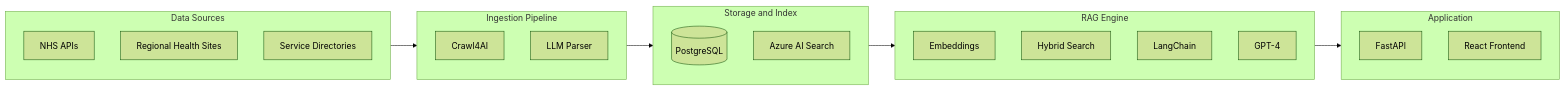
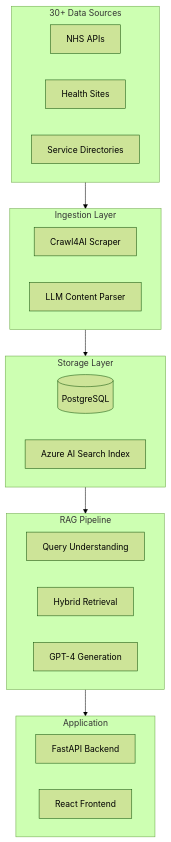
Before and after one commit to UsmanBuk/UsmanBuk: the diagram in README.md, drawn with Mermaid (forest theme).

Commit message:
Improve architecture diagram - larger top-down layout

````diff
--- a/README.md
+++ b/README.md
@@ -42,33 +42,34 @@
 ```mermaid
-flowchart LR
-    subgraph sources [Data Sources]
-        S1[NHS APIs]
-        S2[Regional Health Sites]
-        S3[Service Directories]
+flowchart TB
+    subgraph Input [30+ Data Sources]
+        A[NHS APIs] 
+        B[Health Sites]
+        C[Service Directories]
     end
-    
-    subgraph ingestion [Ingestion Pipeline]
-        C[Crawl4AI]
-        P[LLM Parser]
+
+    subgraph Processing [Ingestion Layer]
+        D[Crawl4AI Scraper]
+        E[LLM Content Parser]
     end
-    
-    subgraph storage [Storage and Index]
-        PG[(PostgreSQL)]
-        AZ[Azure AI Search]
+
+    subgraph Storage [Storage Layer]
+        F[(PostgreSQL)]
+        G[Azure AI Search Index]
     end
-    
-    subgraph retrieval [RAG Engine]
-        E[Embeddings]
-        H[Hybrid Search]
-        L[LangChain]
-        LLM[GPT-4]
+
+    subgraph RAG [RAG Pipeline]
+        H[Query Understanding]
+        I[Hybrid Retrieval]
+        J[GPT-4 Generation]
     end
-    
-    subgraph app [Application]
-        API[FastAPI]
-        UI[React Frontend]
+
+    subgraph Output [Application]
+        K[FastAPI Backend]
+        L[React Frontend]
     end
-    
-    sources --> ingestion --> storage
-    storage --> retrieval --> app
+
+    Input --> Processing
+    Processing --> Storage
+    Storage --> RAG
+    RAG --> Output
 ```
````
